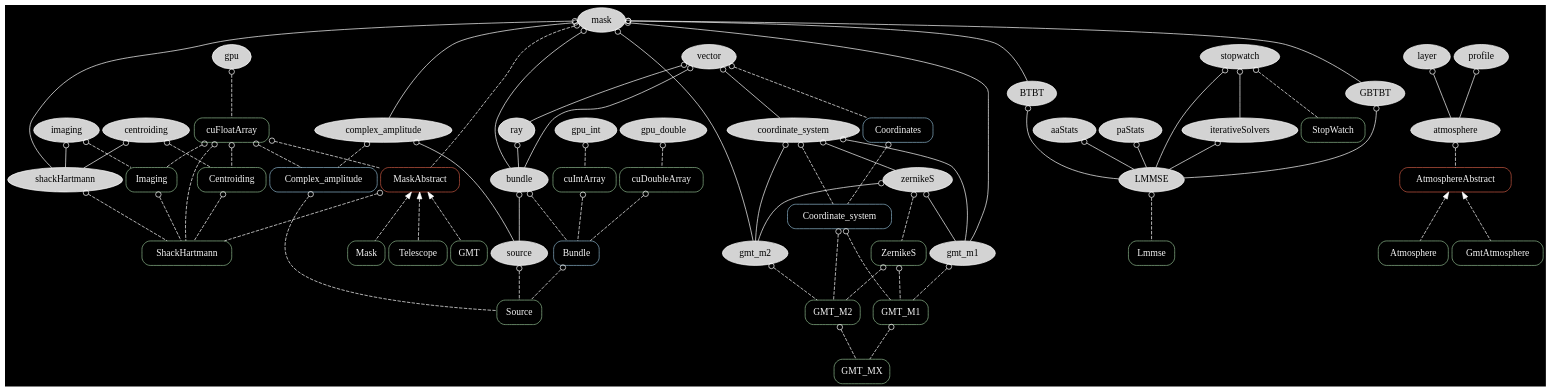
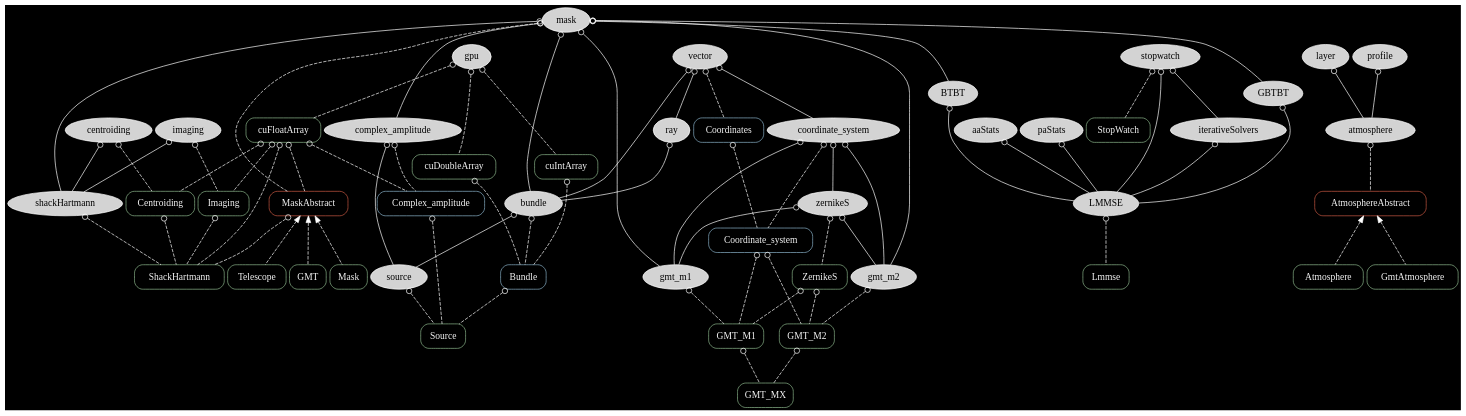
The diagram in graph/ceo.dot (rconan/CEO), drawn with Graphviz before and after one commit. The commit also changed 3 other files, not shown here.

```diff
--- a/graph/ceo.dot
+++ b/graph/ceo.dot
@@ -1,116 +1,113 @@
 digraph {
 overlap=false
 splines=true
 bgcolor = black
 node[style=filled,fillcolor=lightgray,color=white];
 edge[arrowtail=odot,dir=back,color=white];
 
 mask -> shackHartmann;
 imaging -> shackHartmann;
 centroiding -> shackHartmann;
 bundle -> source;
 
 coordinate_system -> zernikeS;
 coordinate_system -> gmt_m1;
 coordinate_system -> gmt_m2
 
 mask -> gmt_m1;
 mask -> gmt_m2;
 mask -> complex_amplitude;
 
 zernikeS -> gmt_m1;
 zernikeS -> gmt_m2;
 
 vector -> coordinate_system;
 vector -> bundle;
 
 mask -> bundle;
 ray -> bundle;
 vector -> ray;
 complex_amplitude -> source;
 
 layer -> atmosphere;
 profile -> atmosphere;
 
 mask -> BTBT;
 mask -> GBTBT;
 aaStats -> LMMSE;
 paStats -> LMMSE;
 BTBT -> LMMSE;
 GBTBT -> LMMSE;
 iterativeSolvers -> LMMSE;
 stopwatch -> LMMSE;
 stopwatch -> iterativeSolvers;
 
 gpu;
-gpu_int;
-gpu_double;
 
 node[color=darkseagreen,style=rounded,shape=box,fontcolor=whitesmoke];
 edge[style=dashed,color=white]
 
 centroiding -> Centroiding;
 imaging -> Imaging;
 cuFloatArray -> Imaging;
 cuFloatArray -> Centroiding;
 
 source -> Source;
 Complex_amplitude[color=lightskyblue3];
 complex_amplitude -> Complex_amplitude;
 cuFloatArray -> Complex_amplitude;
 Bundle[color=lightskyblue3];
 bundle -> Bundle;
 cuDoubleArray -> Bundle;
 cuIntArray -> Bundle;
 Complex_amplitude -> Source[label="wavefront"];
 Bundle -> Source[label="rays"];
 
 shackHartmann -> ShackHartmann;
 MaskAbstract -> ShackHartmann;
 cuFloatArray -> ShackHartmann
 Imaging -> ShackHartmann;
 Centroiding -> ShackHartmann;
 
 gmt_m1 -> GMT_M1;
 gmt_m2 -> GMT_M2;
 ZernikeS;
 zernikeS -> ZernikeS;
 ZernikeS -> GMT_M1;
 ZernikeS -> GMT_M2;
 GMT_M1 -> GMT_MX[label="M1"];
 GMT_M2 -> GMT_MX[label="M2"];
 Coordinate_system[color=lightskyblue3];
 coordinate_system -> Coordinate_system;
 Coordinate_system -> GMT_M1;
 Coordinate_system -> GMT_M2;
 Coordinates[color=lightskyblue3];
 Coordinates -> Coordinate_system;
 vector -> Coordinates;
 
 AtmosphereAbstract[color=coral3];
 atmosphere -> AtmosphereAbstract;
 
 MaskAbstract[color=coral3]
 mask -> MaskAbstract;
 cuFloatArray -> MaskAbstract;
 
 stopwatch -> StopWatch;
 
 gpu -> cuFloatArray;
-gpu_int -> cuIntArray;
-gpu_double -> cuDoubleArray;
+gpu -> cuIntArray;
+gpu -> cuDoubleArray;
 LMMSE -> Lmmse;
 
 edge[dir=back,arrowtail=normal];
 
 AtmosphereAbstract -> Atmosphere;
 AtmosphereAbstract -> GmtAtmosphere;
 
 MaskAbstract -> Mask;
 MaskAbstract -> Telescope;
 MaskAbstract -> GMT;
 
 {rank = source; mask;}
-#{rank = sink; cuFloatArray; cuDoubleArray; cuIntArray;}
-#{rank = same; gpu; gpu_double; gpu_int;}
+{rank = same; gpu; vector;}
 }
```
